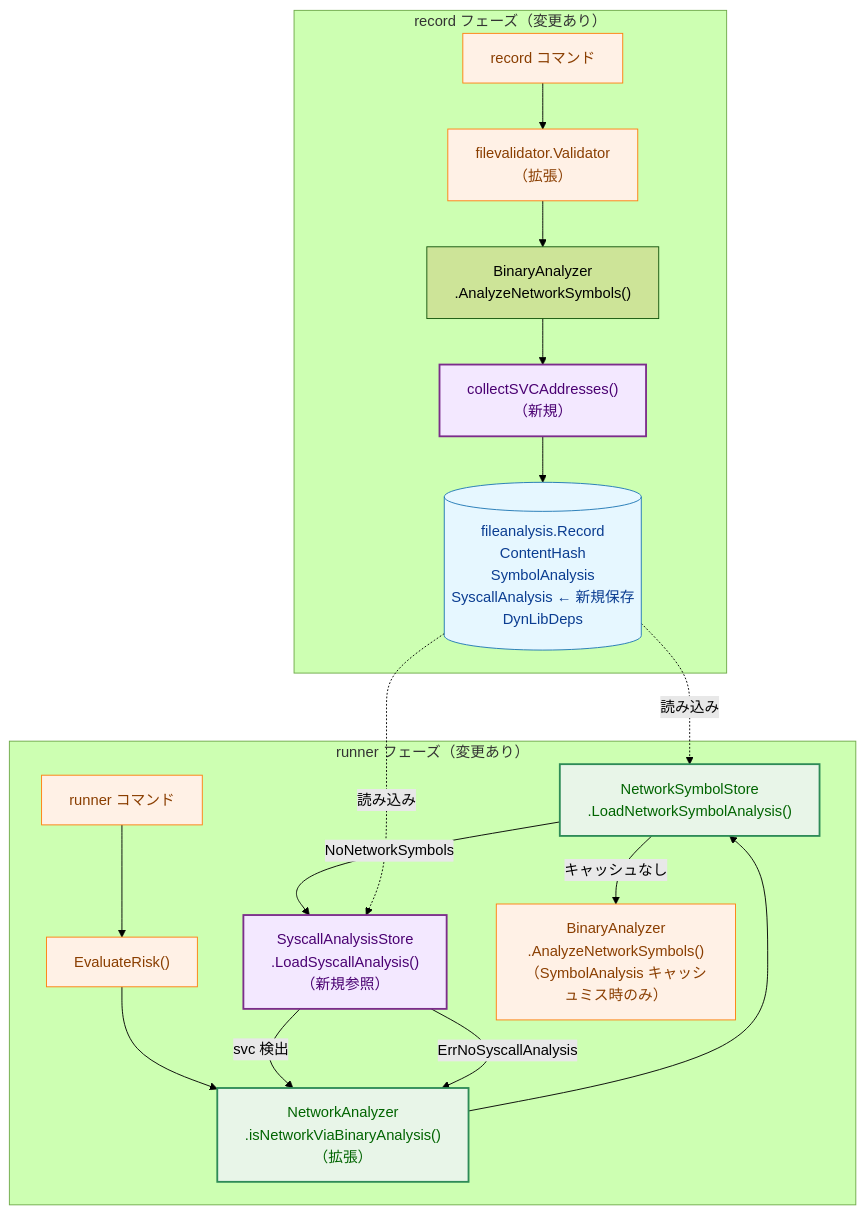
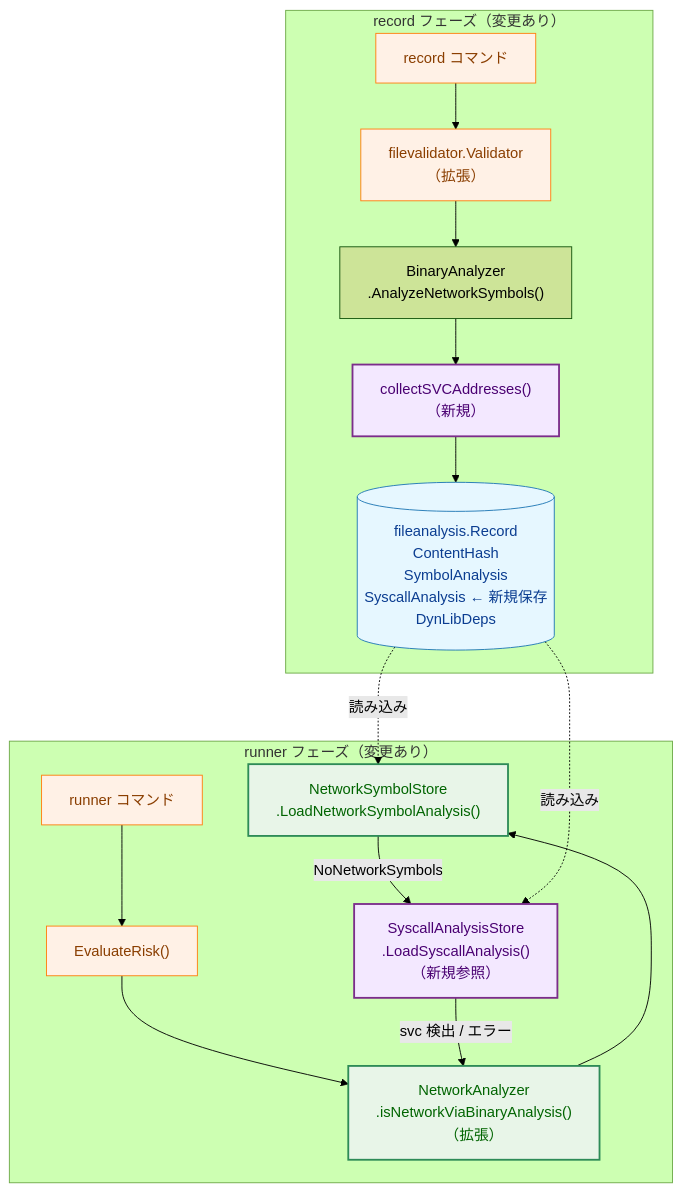
One commit to isseis/go-safe-cmd-runner changed the first of 8 diagrams in docs/tasks/0097_macho_arm64_syscall_analysis/02_architecture.md. Above: the diagram before and after it, drawn with Mermaid (forest theme). The commit also changed other lines of this file and 3 other files, not shown here.

First line of the commit message:
docs(0097): Require complete removal of live analysis code from isNetworkViaBinaryAnalysis

````diff
--- a/docs/tasks/0097_macho_arm64_syscall_analysis/02_architecture.md
+++ b/docs/tasks/0097_macho_arm64_syscall_analysis/02_architecture.md
@@ -28,45 +28,42 @@
 ```mermaid
 flowchart TB
     classDef data fill:#e6f7ff,stroke:#1f77b4,stroke-width:1px,color:#0b3d91;
     classDef process fill:#fff1e6,stroke:#ff7f0e,stroke-width:1px,color:#8a3e00;
     classDef enhanced fill:#e8f5e8,stroke:#2e8b57,stroke-width:2px,color:#006400;
     classDef new fill:#f3e8ff,stroke:#7b2d8b,stroke-width:2px,color:#4a0072;
 
     subgraph RecordPhase["record フェーズ（変更あり）"]
         REC["record コマンド"]
         FV["filevalidator.Validator<br>（拡張）"]
         BA["BinaryAnalyzer<br>.AnalyzeNetworkSymbols()"]
         SVC["collectSVCAddresses()<br>（新規）"]
         STORE[("fileanalysis.Record<br>ContentHash<br>SymbolAnalysis<br>SyscallAnalysis ← 新規保存<br>DynLibDeps")]
     end
 
     subgraph RunnerPhase["runner フェーズ（変更あり）"]
         RUN["runner コマンド"]
         EVAL["EvaluateRisk()"]
         NA["NetworkAnalyzer<br>.isNetworkViaBinaryAnalysis()<br>（拡張）"]
         SYMCACHE["NetworkSymbolStore<br>.LoadNetworkSymbolAnalysis()"]
         SVCCACHE["SyscallAnalysisStore<br>.LoadSyscallAnalysis()<br>（新規参照）"]
-        FALLBACK["BinaryAnalyzer<br>.AnalyzeNetworkSymbols()<br>（SymbolAnalysis キャッシュミス時のみ）"]
     end
 
     REC --> FV
     FV --> BA
     BA --> SVC
     SVC --> STORE
 
     RUN --> EVAL
     EVAL --> NA
     NA --> SYMCACHE
     SYMCACHE -->|"NoNetworkSymbols"| SVCCACHE
-    SYMCACHE -->|"キャッシュなし"| FALLBACK
-    SVCCACHE -->|"svc 検出"| NA
-    SVCCACHE -->|"ErrNoSyscallAnalysis"| NA
+    SVCCACHE -->|"svc 検出 / エラー"| NA
 
     STORE -.->|"読み込み"| SYMCACHE
     STORE -.->|"読み込み"| SVCCACHE
 
     class STORE data;
-    class REC,FV,RUN,EVAL,FALLBACK process;
+    class REC,FV,RUN,EVAL process;
     class NA,SYMCACHE enhanced;
     class SVC,SVCCACHE new;
 ```
````
